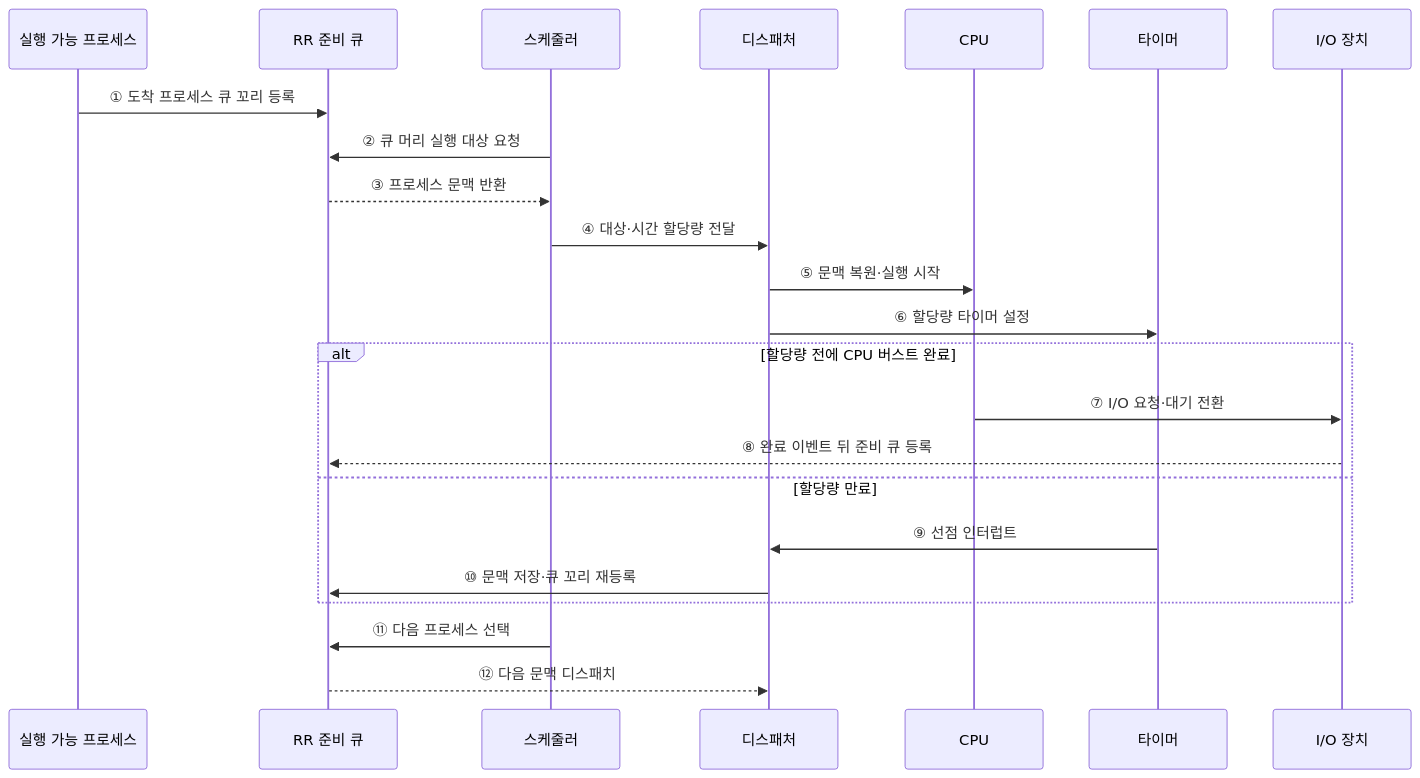
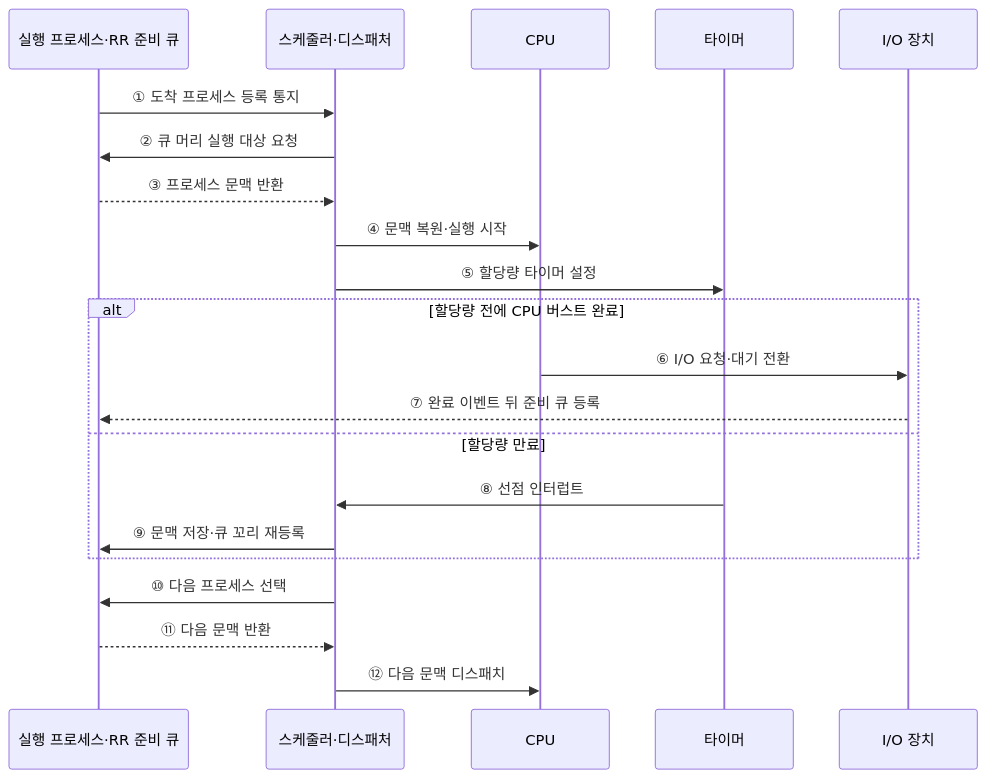
Before and after one commit to agnusdei1207/knowledge-base: the second of 2 diagrams in src/content/docs/notes/03-software/004_process_scheduling.md, drawn with Mermaid. The commit also changed other lines of this file and 20 other files, not shown here.

````diff
--- a/src/content/docs/notes/03-software/004_process_scheduling.md
+++ b/src/content/docs/notes/03-software/004_process_scheduling.md
@@ -102,26 +94,24 @@
 ```mermaid
 sequenceDiagram
-    participant P as 실행 가능 프로세스
-    participant Q as RR 준비 큐
-    participant S as 스케줄러
-    participant D as 디스패처
+    participant Q as 실행 프로세스·RR 준비 큐
+    participant S as 스케줄러·디스패처
     participant C as CPU
     participant T as 타이머
     participant I as I/O 장치
 
-    P->>Q: ① 도착 프로세스 큐 꼬리 등록
+    Q->>S: ① 도착 프로세스 등록 통지
     S->>Q: ② 큐 머리 실행 대상 요청
     Q-->>S: ③ 프로세스 문맥 반환
-    S->>D: ④ 대상·시간 할당량 전달
-    D->>C: ⑤ 문맥 복원·실행 시작
-    D->>T: ⑥ 할당량 타이머 설정
+    S->>C: ④ 문맥 복원·실행 시작
+    S->>T: ⑤ 할당량 타이머 설정
     alt 할당량 전에 CPU 버스트 완료
-        C->>I: ⑦ I/O 요청·대기 전환
-        I-->>Q: ⑧ 완료 이벤트 뒤 준비 큐 등록
+        C->>I: ⑥ I/O 요청·대기 전환
+        I-->>Q: ⑦ 완료 이벤트 뒤 준비 큐 등록
     else 할당량 만료
-        T->>D: ⑨ 선점 인터럽트
-        D->>Q: ⑩ 문맥 저장·큐 꼬리 재등록
+        T->>S: ⑧ 선점 인터럽트
+        S->>Q: ⑨ 문맥 저장·큐 꼬리 재등록
     end
-    S->>Q: ⑪ 다음 프로세스 선택
-    Q-->>D: ⑫ 다음 문맥 디스패치
+    S->>Q: ⑩ 다음 프로세스 선택
+    Q-->>S: ⑪ 다음 문맥 반환
+    S->>C: ⑫ 다음 문맥 디스패치
 ```
````
